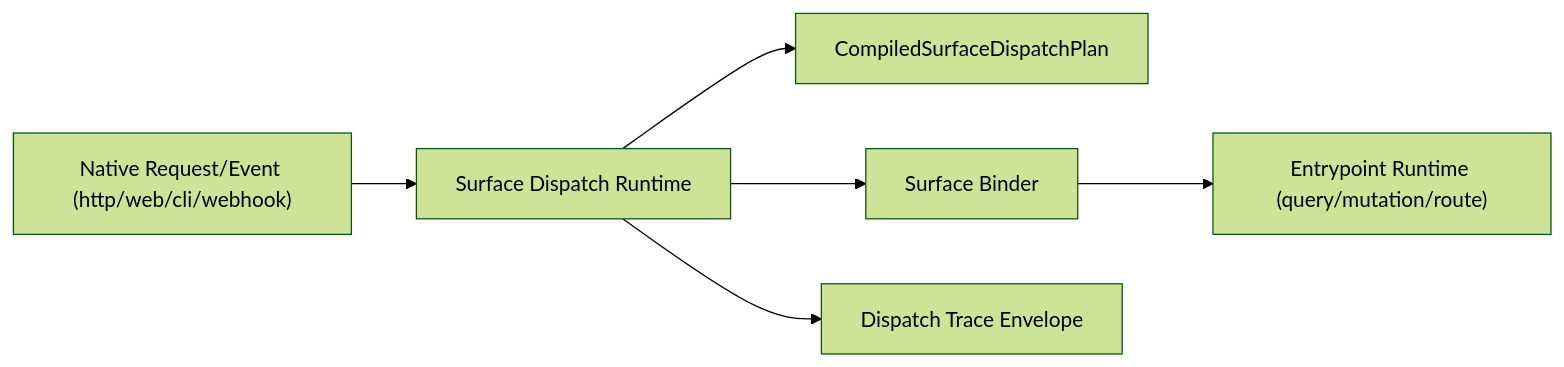
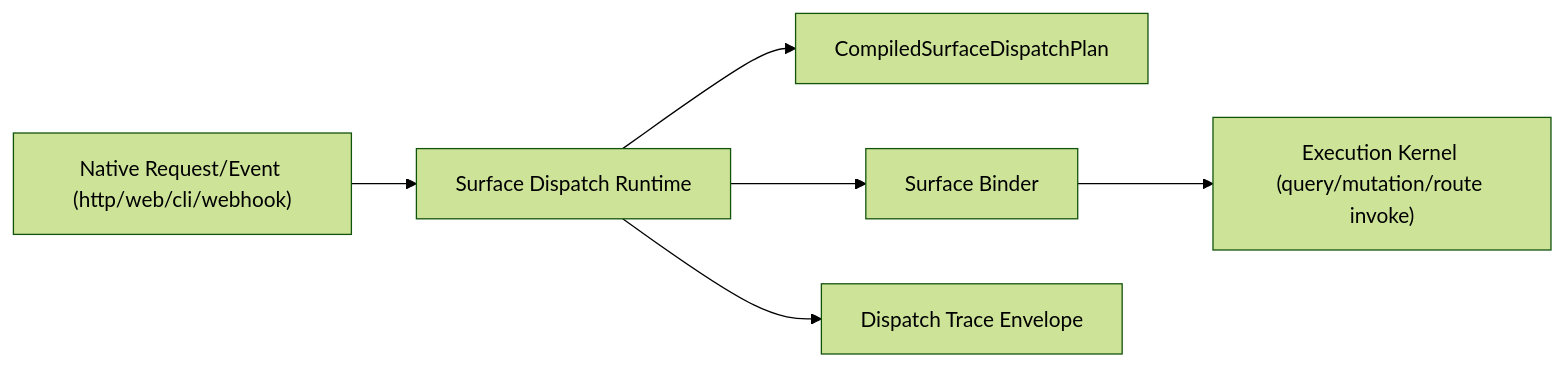
Before and after one commit to ngalluzzo/gooi: the first of 3 diagrams in docs/engineering/rfcs/RFC-0011-route-and-surface-dispatch-contracts-web-http-cli-and-webhook.md, drawn with Mermaid (forest theme). The commit also changed other lines of this file and 4 other files, not shown here.

````diff
--- a/docs/engineering/rfcs/RFC-0011-route-and-surface-dispatch-contracts-web-http-cli-and-webhook.md
+++ b/docs/engineering/rfcs/RFC-0011-route-and-surface-dispatch-contracts-web-http-cli-and-webhook.md
@@ -78,8 +78,8 @@
 ```mermaid
 flowchart LR
   Native["Native Request/Event (http/web/cli/webhook)"] --> Dispatch["Surface Dispatch Runtime"]
   Dispatch --> Plan["CompiledSurfaceDispatchPlan"]
   Dispatch --> Bind["Surface Binder"]
-  Bind --> Invoke["Entrypoint Runtime (query/mutation/route)"]
+  Bind --> Invoke["Execution Kernel (query/mutation/route invoke)"]
   Dispatch --> Trace["Dispatch Trace Envelope"]
 ```
````
